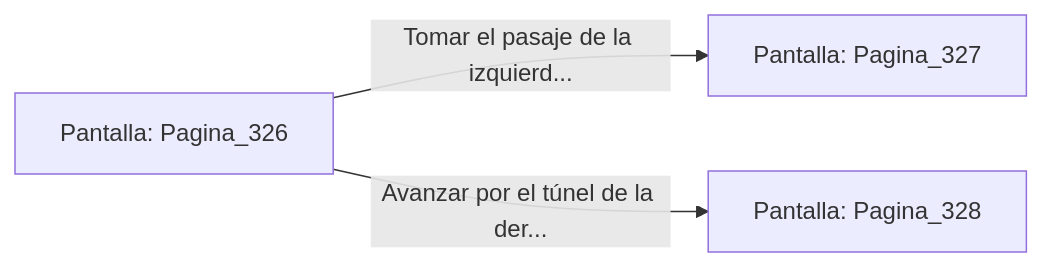
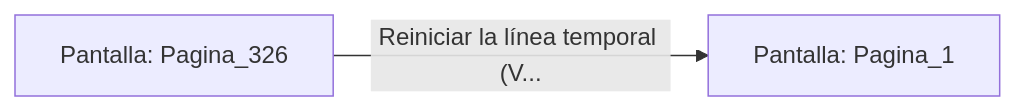
Before and after one commit to metsuke/mpl: the diagram in sample/eligejuego-vault/Pantalla_Pagina_326.md, drawn with Mermaid. The commit also changed other lines of this file and 635 other files, not shown here.

First line of the commit message:
fix: añadir Pagina_1 como pantalla inicial en capitulo_01.mpl

````diff
--- a/sample/eligejuego-vault/Pantalla_Pagina_326.md
+++ b/sample/eligejuego-vault/Pantalla_Pagina_326.md
@@ -20,6 +17,5 @@
 ```mermaid
 graph LR
     P_Pagina_326["Pantalla: Pagina_326"]
-    P_Pagina_326 -->|"Tomar el pasaje de la izquierd..."| P_Pagina_327["Pantalla: Pagina_327"]
-    P_Pagina_326 -->|"Avanzar por el túnel de la der..."| P_Pagina_328["Pantalla: Pagina_328"]
+    P_Pagina_326 -->|"Reiniciar la línea temporal (V..."| P_Pagina_1["Pantalla: Pagina_1"]
 ```
````
